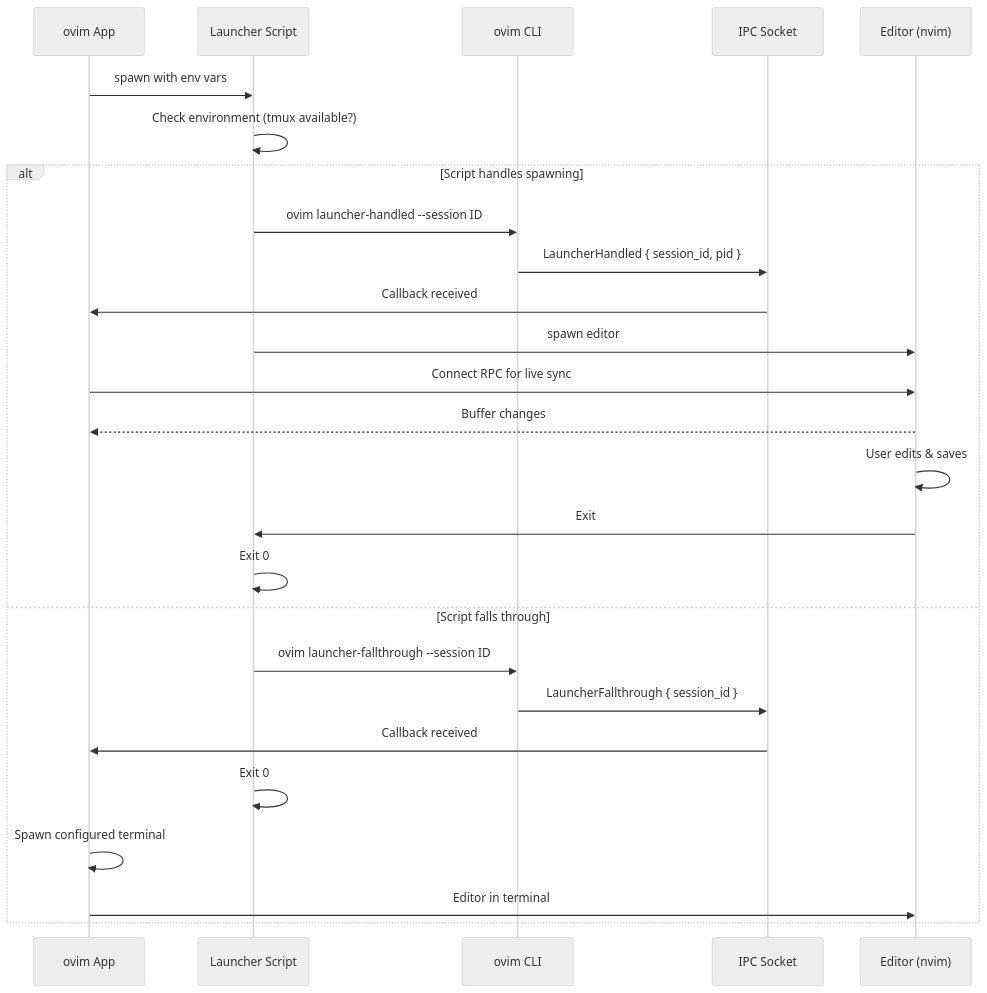
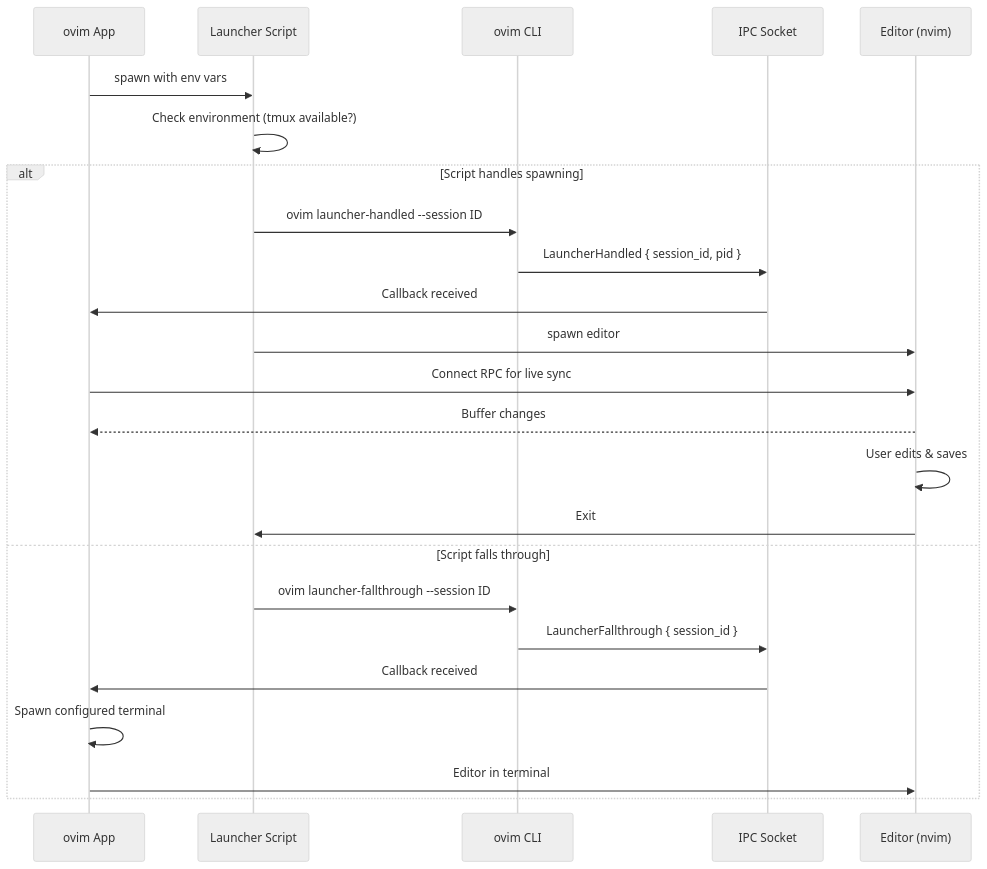
The second of 2 diagrams in docs/launcher-script.md (tonisives/ovim), drawn with Mermaid (neutral theme) before and after one commit. The commit also changed other lines of this file, not shown here.

Commit message:
remove exit 0

````diff
--- a/docs/launcher-script.md
+++ b/docs/launcher-script.md
@@ -183,30 +175,28 @@
 ```mermaid
 sequenceDiagram
     participant App as ovim App
     participant Script as Launcher Script
     participant CLI as ovim CLI
     participant IPC as IPC Socket
     participant Editor as Editor (nvim)
 
     App->>Script: spawn with env vars
     Script->>Script: Check environment (tmux available?)
 
     alt Script handles spawning
         Script->>CLI: ovim launcher-handled --session ID
         CLI->>IPC: LauncherHandled { session_id, pid }
         IPC->>App: Callback received
         Script->>Editor: spawn editor
         App->>Editor: Connect RPC for live sync
         Editor-->>App: Buffer changes
         Editor->>Editor: User edits & saves
         Editor->>Script: Exit
-        Script->>Script: Exit 0
     else Script falls through
         Script->>CLI: ovim launcher-fallthrough --session ID
         CLI->>IPC: LauncherFallthrough { session_id }
         IPC->>App: Callback received
-        Script->>Script: Exit 0
         App->>App: Spawn configured terminal
         App->>Editor: Editor in terminal
     end
 ```
````
